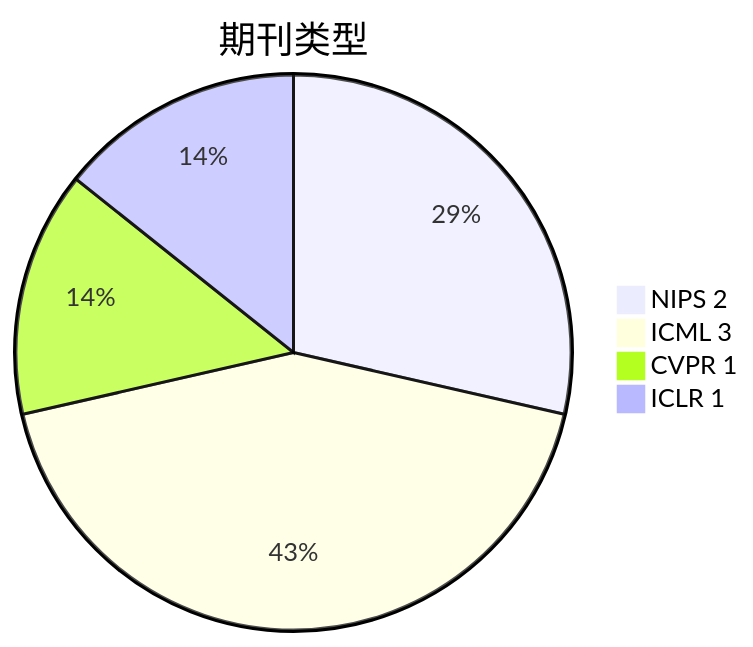
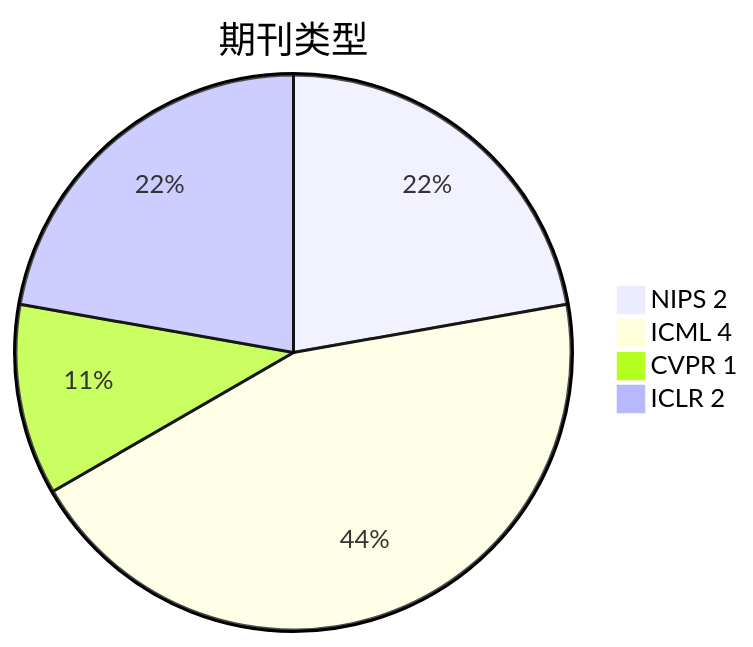
One commit to Elephant-King9/Paper changed the second of 6 diagrams in Base_Model/VLM+VLLM/analyse.md. Above: the diagram before and after it, drawn with Mermaid. The commit also changed other lines of this file and 5 other files, not shown here.

````diff
--- a/Base_Model/VLM+VLLM/analyse.md
+++ b/Base_Model/VLM+VLLM/analyse.md
@@ -34,7 +37,7 @@
 ```mermaid
 pie title 期刊类型
 		"NIPS 2" : 2
-		"ICML 3" : 3
+		"ICML 4" : 4
 		"CVPR 1" : 1
-		"ICLR 1" : 1
+		"ICLR 2" : 2
 ```
````
